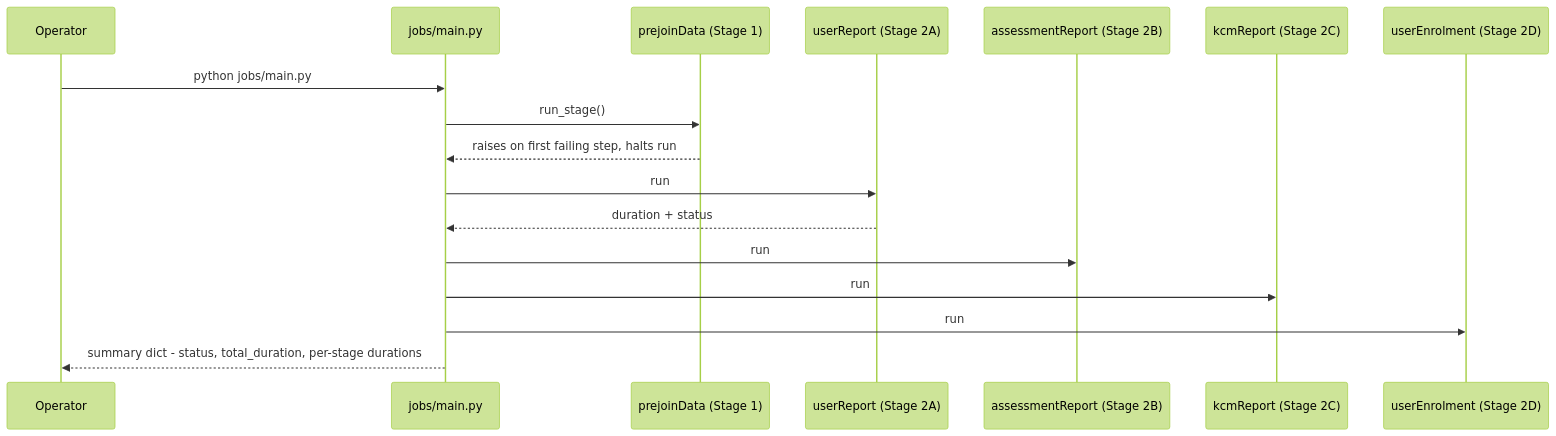
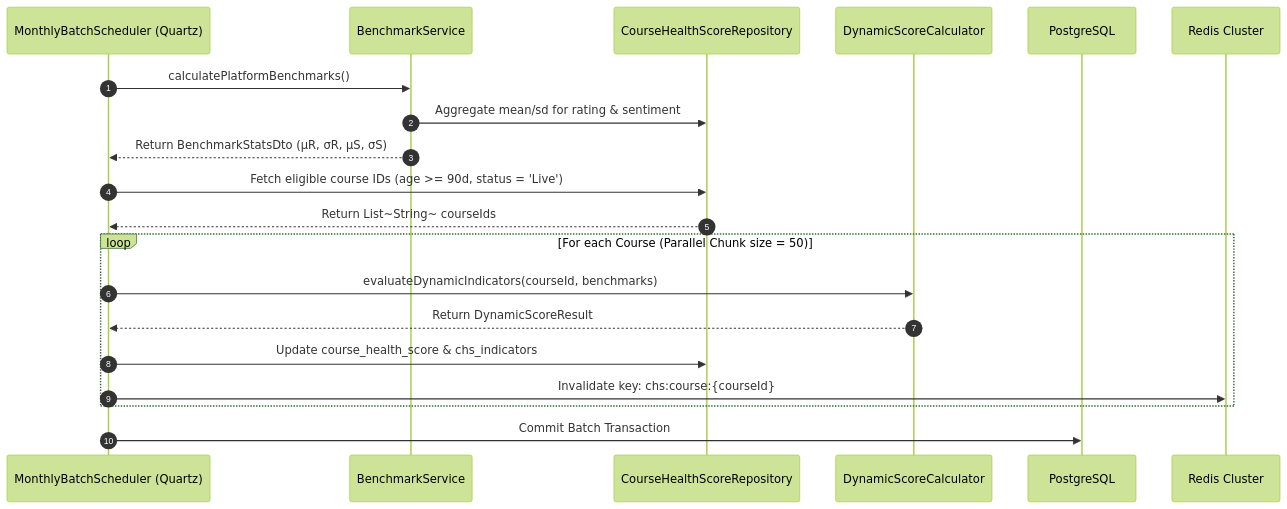
The second of 4 diagrams in docs/learning-hub/chs/lld.md (KB-iGOT/igot-docs), drawn with Mermaid (forest theme) before and after one commit. The commit also changed other lines of this file and 8 other files, not shown here.

First line of the commit message:
docs(chs): rewrite as Content Health Score from the CHS specification

````diff
--- a/docs/learning-hub/chs/lld.md
+++ b/docs/learning-hub/chs/lld.md
@@ -28,20 +605,22 @@
 ```mermaid
 sequenceDiagram
-    participant Operator
-    participant Main as jobs/main.py
-    participant S1 as prejoinData (Stage 1)
-    participant UR as userReport (Stage 2A)
-    participant AR as assessmentReport (Stage 2B)
-    participant KCM as kcmReport (Stage 2C)
-    participant UE as userEnrolment (Stage 2D)
-
-    Operator->>Main: python jobs/main.py
-    Main->>S1: run_stage()
-    S1-->>Main: raises on first failing step, halts run
-    Main->>UR: run
-    UR-->>Main: duration + status
-    Main->>AR: run
-    Main->>KCM: run
-    Main->>UE: run
-    Main-->>Operator: summary dict - status, total_duration, per-stage durations
+    autonumber
+    participant CRON as MonthlyBatchScheduler (Quartz)
+    participant BM as BenchmarkService
+    participant REPO as CourseHealthScoreRepository
+    participant DYN as DynamicScoreCalculator
+    participant PG as PostgreSQL
+    participant REDIS as Redis Cluster
+    CRON->>BM: calculatePlatformBenchmarks()
+    BM->>REPO: Aggregate mean/sd for rating & sentiment
+    BM-->>CRON: Return BenchmarkStatsDto (μR, σR, μS, σS)
+    CRON->>REPO: Fetch eligible course IDs (age >= 90d, status = 'Live')
+    REPO-->>CRON: Return List~String~ courseIds
+    loop For each Course (Parallel Chunk size = 50)
+        CRON->>DYN: evaluateDynamicIndicators(courseId, benchmarks)
+        DYN-->>CRON: Return DynamicScoreResult
+        CRON->>REPO: Update course_health_score & chs_indicators
+        CRON->>REDIS: Invalidate key: chs:course:{courseId}
+    end
+    CRON->>PG: Commit Batch Transaction
 ```
````
